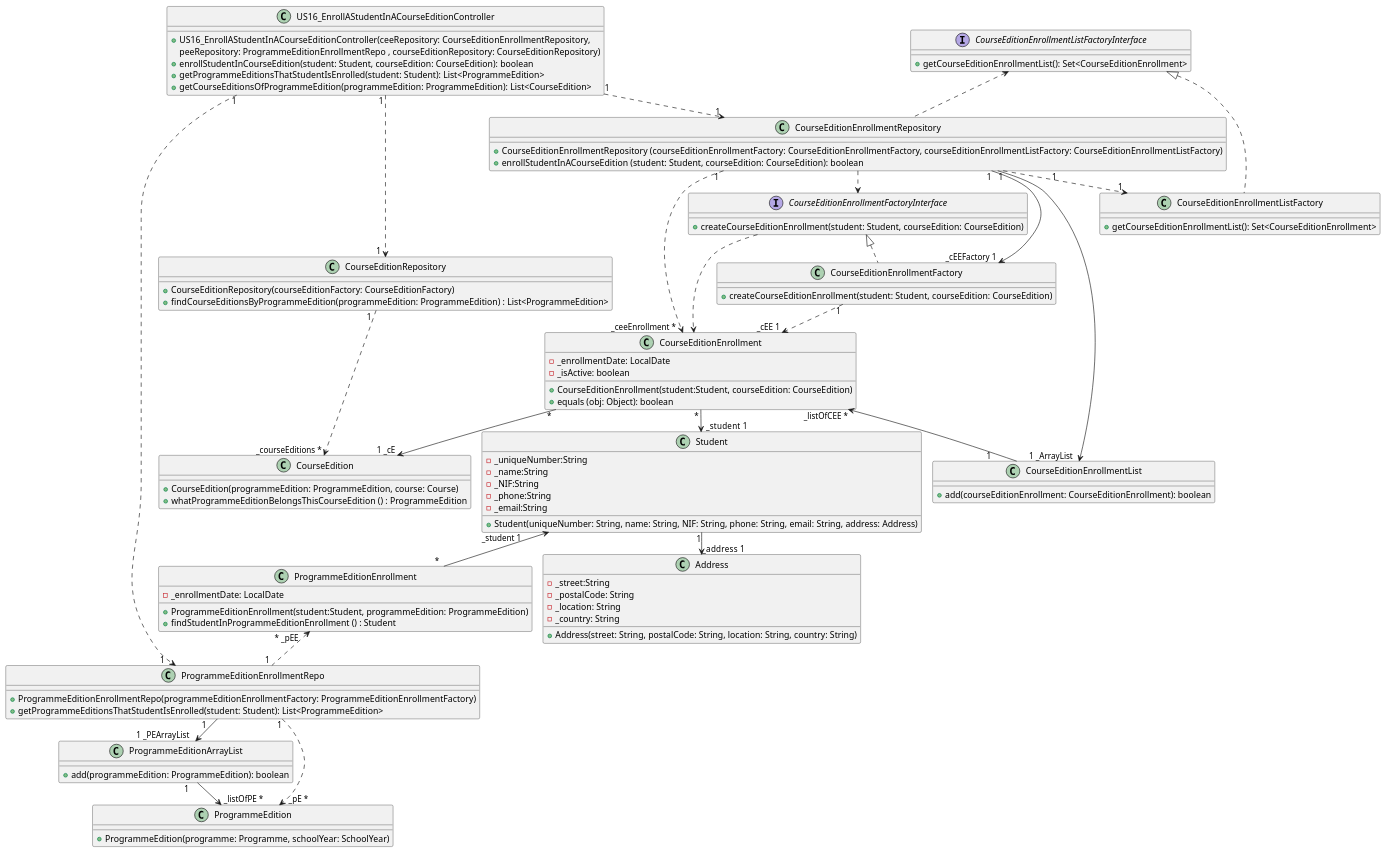
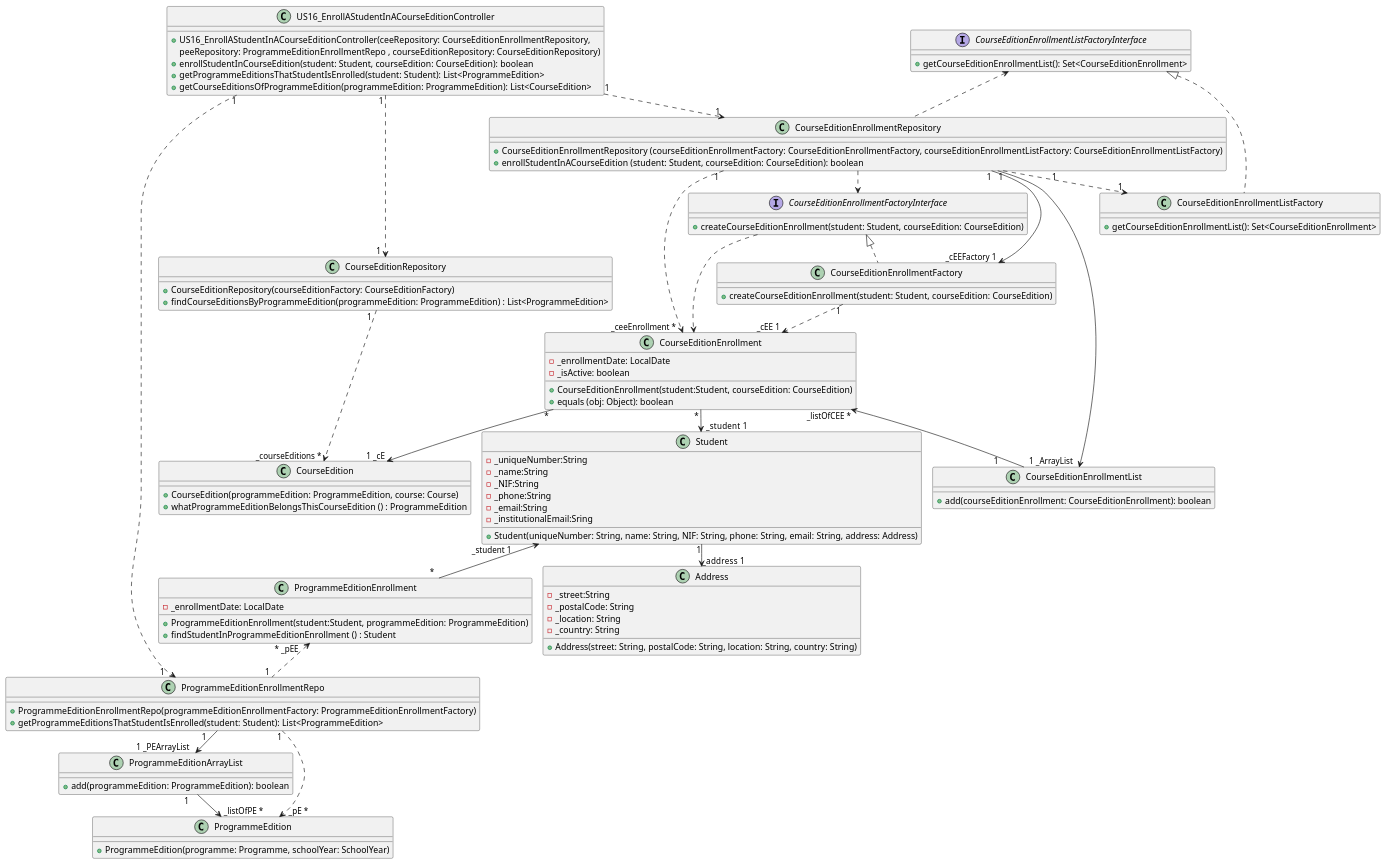
Before and after one commit to GasparISEP/DevOps-PAI: the diagram in docs/US16/US16_EnrollAStudentInACourseEdition_ClassDiagram.puml, drawn with PlantUML. The commit also changed 5 other files, not shown here.

Commit message:
Updated diagrams to reflect Student uniqueNumber (int -> String) and new field institutionalEmail

```diff
--- a/docs/US16/US16_EnrollAStudentInACourseEdition_ClassDiagram.puml
+++ b/docs/US16/US16_EnrollAStudentInACourseEdition_ClassDiagram.puml
@@ -1,114 +1,115 @@
 @startuml
 !pragma layout smetana
 
 class US16_EnrollAStudentInACourseEditionController {
     +US16_EnrollAStudentInACourseEditionController(ceeRepository: CourseEditionEnrollmentRepository,
     peeRepository: ProgrammeEditionEnrollmentRepo , courseEditionRepository: CourseEditionRepository)
     +enrollStudentInCourseEdition(student: Student, courseEdition: CourseEdition): boolean
     +getProgrammeEditionsThatStudentIsEnrolled(student: Student): List<ProgrammeEdition>
     +getCourseEditionsOfProgrammeEdition(programmeEdition: ProgrammeEdition): List<CourseEdition>
 }
 
 class CourseEditionEnrollmentFactory{
     +createCourseEditionEnrollment(student: Student, courseEdition: CourseEdition)
 }
 
 class CourseEditionEnrollment {
     -_enrollmentDate: LocalDate
     - _isActive: boolean
     +CourseEditionEnrollment(student:Student, courseEdition: CourseEdition)
     +equals (obj: Object): boolean
 }
 
 class ProgrammeEditionArrayList{
     +add(programmeEdition: ProgrammeEdition): boolean
 }
 
 interface CourseEditionEnrollmentListFactoryInterface{
     +getCourseEditionEnrollmentList(): Set<CourseEditionEnrollment>
 }
 
 class CourseEditionEnrollmentListFactory {
     +getCourseEditionEnrollmentList(): Set<CourseEditionEnrollment>
 }
 
 interface CourseEditionEnrollmentFactoryInterface{
     +createCourseEditionEnrollment(student: Student, courseEdition: CourseEdition)
 }
 
 class CourseEditionEnrollmentRepository {
     +CourseEditionEnrollmentRepository (courseEditionEnrollmentFactory: CourseEditionEnrollmentFactory, courseEditionEnrollmentListFactory: CourseEditionEnrollmentListFactory)
     +enrollStudentInACourseEdition (student: Student, courseEdition: CourseEdition): boolean
 }
 
 class ProgrammeEditionEnrollment {
     -_enrollmentDate: LocalDate
     +ProgrammeEditionEnrollment(student:Student, programmeEdition: ProgrammeEdition)
     +findStudentInProgrammeEditionEnrollment () : Student
 }
 
 class CourseEditionEnrollmentList {
     +add(courseEditionEnrollment: CourseEditionEnrollment): boolean
 }
 
 class ProgrammeEditionEnrollmentRepo {
     +ProgrammeEditionEnrollmentRepo(programmeEditionEnrollmentFactory: ProgrammeEditionEnrollmentFactory)
     +getProgrammeEditionsThatStudentIsEnrolled(student: Student): List<ProgrammeEdition>
 }
 
 class Student {
     -_uniqueNumber:String
     -_name:String
     -_NIF:String
     -_phone:String
     -_email:String
+    -_institutionalEmail:Sring
     +Student(uniqueNumber: String, name: String, NIF: String, phone: String, email: String, address: Address)
 }
 
 class Address {
      -_street:String
      -_postalCode: String
      -_location: String
      -_country: String
      +Address(street: String, postalCode: String, location: String, country: String)
 }
 
 class CourseEdition {
     +CourseEdition(programmeEdition: ProgrammeEdition, course: Course)
     +whatProgrammeEditionBelongsThisCourseEdition () : ProgrammeEdition
 }
 
 class ProgrammeEdition {
     +ProgrammeEdition(programme: Programme, schoolYear: SchoolYear)
 }
 
 class CourseEditionRepository {
     +CourseEditionRepository(courseEditionFactory: CourseEditionFactory)
     +findCourseEditionsByProgrammeEdition(programmeEdition: ProgrammeEdition) : List<ProgrammeEdition>
 }
 
 CourseEdition "_courseEditions * " <.u. "1  " CourseEditionRepository
 Student "  _student  1 " <-u- " * " CourseEditionEnrollment
 CourseEditionEnrollment "    *  " --> "    1 _cE " CourseEdition
 CourseEditionEnrollmentFactory "1 " ..> "_cEE 1 "CourseEditionEnrollment
 CourseEditionEnrollmentFactory "           _cEEFactory 1 " <-u- " 1" CourseEditionEnrollmentRepository
 ProgrammeEditionEnrollment "      *  " -u-> "_student 1             " Student
 ProgrammeEditionEnrollment " * _pEE     " <.. "1 " ProgrammeEditionEnrollmentRepo
 US16_EnrollAStudentInACourseEditionController "1 "..> "1  " CourseEditionRepository
 US16_EnrollAStudentInACourseEditionController "1"..> "1     " ProgrammeEditionEnrollmentRepo
 US16_EnrollAStudentInACourseEditionController "1 "..> "  1  " CourseEditionEnrollmentRepository
 Address "_address  1 " <-u- "  1" Student
 CourseEditionEnrollmentListFactory "1  " <.u. "                       1" CourseEditionEnrollmentRepository
 CourseEditionEnrollmentList "   1            " -u->  "_listOfCEE *" CourseEditionEnrollment
 CourseEditionEnrollmentRepository " 1" -u-> "1 _ArrayList   " CourseEditionEnrollmentList
 CourseEditionEnrollmentRepository"   1  " ..> "    _ceeEnrollment *   "CourseEditionEnrollment
 CourseEditionEnrollmentFactoryInterface <|.. CourseEditionEnrollmentFactory
 CourseEditionEnrollmentListFactoryInterface <|.. CourseEditionEnrollmentListFactory
 ProgrammeEditionEnrollmentRepo"1     " --> "1 _PEArrayList   "ProgrammeEditionArrayList
 ProgrammeEdition" _listOfPE *" <-u- "  1    "ProgrammeEditionArrayList
 ProgrammeEditionEnrollmentRepo "1"..> "    _pE *    "ProgrammeEdition
 CourseEditionEnrollmentRepository .u.> CourseEditionEnrollmentListFactoryInterface
 CourseEditionEnrollmentRepository ..> CourseEditionEnrollmentFactoryInterface
 CourseEditionEnrollmentFactoryInterface ..> CourseEditionEnrollment
 
 @enduml
```
